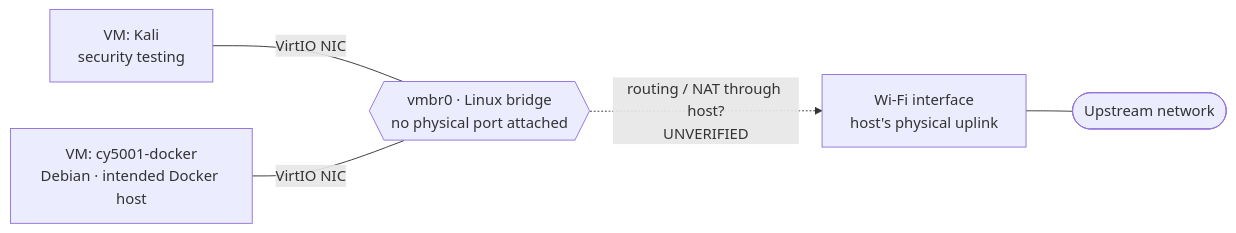
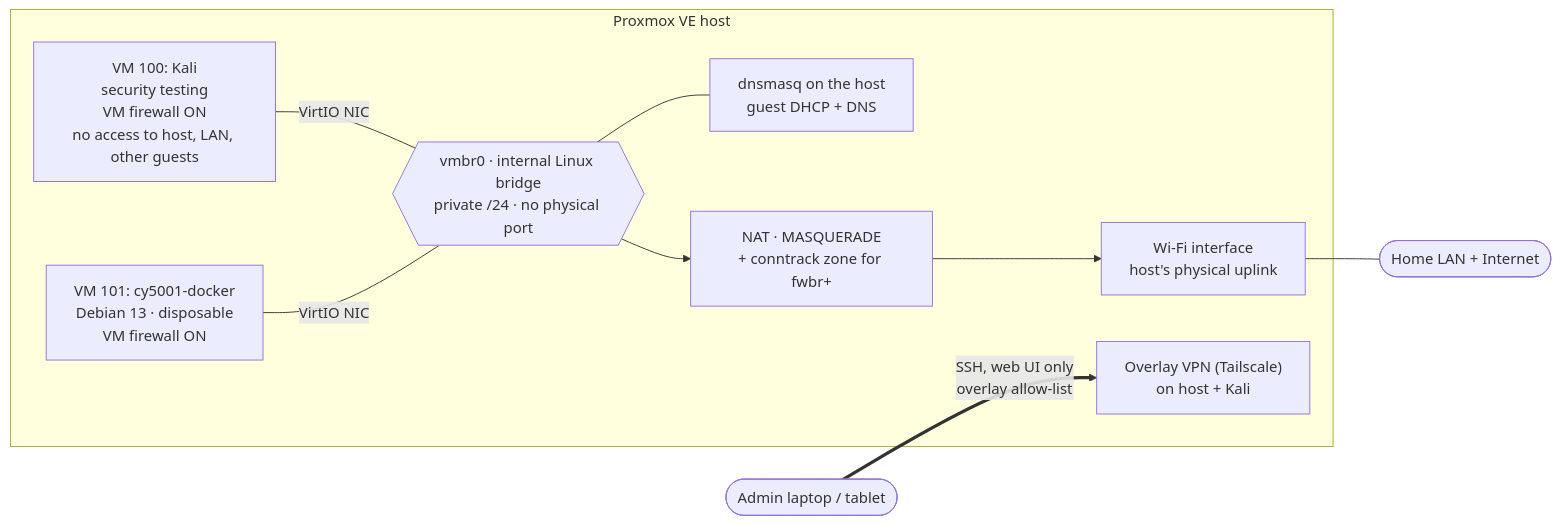
The diagram in docs/networking/overview.md (AdityaBhardwaj04/homelab), drawn with Mermaid before and after one commit. The commit also changed other lines of this file and 6 other files, not shown here.

Commit message:
docs: document Oct 29 access and network hardening

````diff
--- a/docs/networking/overview.md
+++ b/docs/networking/overview.md
@@ -20,13 +24,20 @@
 ```mermaid
 flowchart LR
-    kali["VM: Kali<br/>security testing"]
-    dock["VM: cy5001-docker<br/>Debian · intended Docker host"]
-    br{{"vmbr0 · Linux bridge<br/>no physical port attached"}}
-    wifi["Wi-Fi interface<br/>host's physical uplink"]
-    up(["Upstream network"])
+    subgraph host["Proxmox VE host"]
+        kali["VM 100: Kali<br/>security testing<br/>VM firewall ON<br/>no access to host, LAN, other guests"]
+        dock["VM 101: cy5001-docker<br/>Debian 13 · disposable<br/>VM firewall ON"]
+        br{{"vmbr0 · internal Linux bridge<br/>private /24 · no physical port"}}
+        svc["dnsmasq on the host<br/>guest DHCP + DNS"]
+        nat["NAT · MASQUERADE<br/>+ conntrack zone for fwbr+"]
+        wifi["Wi-Fi interface<br/>host's physical uplink"]
+        ts["Overlay VPN (Tailscale)<br/>on host + Kali"]
+    end
+    lan(["Home LAN + Internet"])
+    admin(["Admin laptop / tablet"])
 
     kali ---|VirtIO NIC| br
     dock ---|VirtIO NIC| br
-    br -.->|"routing / NAT through host?<br/>UNVERIFIED"| wifi
-    wifi --- up
+    br --- svc
+    br --> nat --> wifi --- lan
+    admin ==>|"SSH, web UI only<br/>overlay allow-list"| ts
 ```
````
